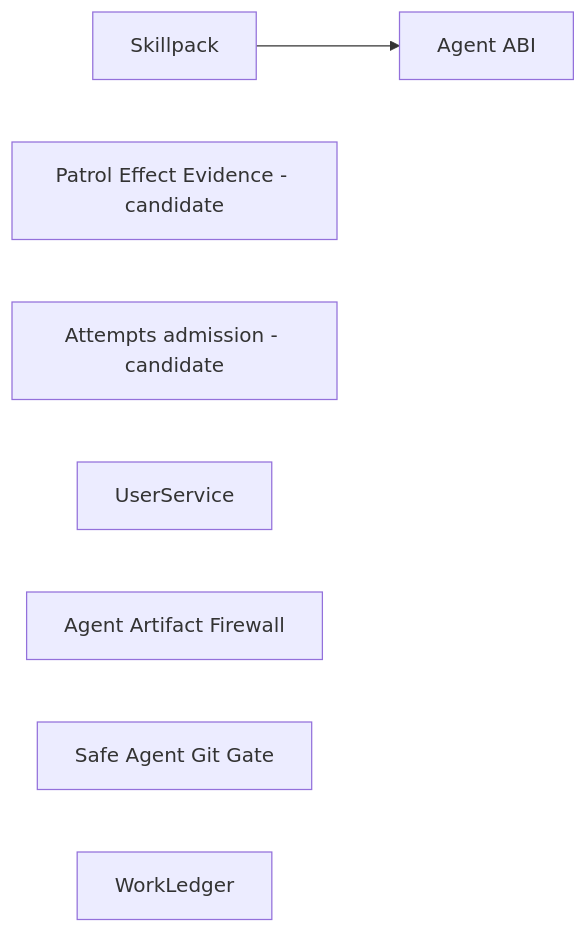
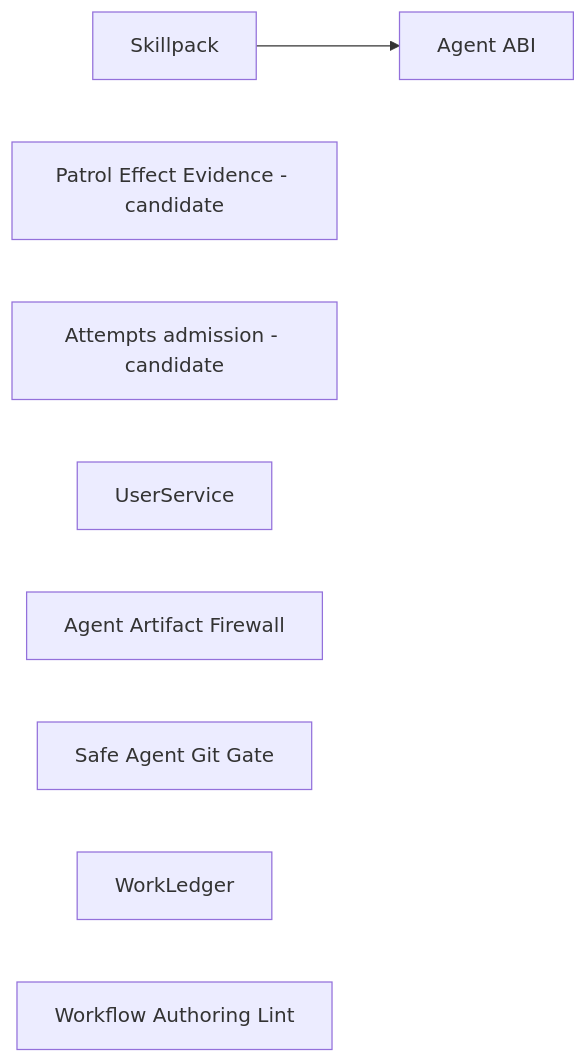
One commit to ivankuznetsov/hive changed the diagram in wiki/component-boundaries.md. Above: the diagram before and after it, drawn with Mermaid. The commit also changed other lines of this file and 13 other files, not shown here.

Commit message:
refactor(workflows): isolate authoring lint phases

````diff
--- a/wiki/component-boundaries.md
+++ b/wiki/component-boundaries.md
@@ -47,10 +48,11 @@
 ```mermaid
 flowchart LR
   skillpack[Skillpack] --> agent_abi[Agent ABI]
   patrol_effects[Patrol Effect Evidence - candidate]
   attempts[Attempts admission - candidate]
   user_service[UserService]
   artifact_firewall[Agent Artifact Firewall]
   git_gate[Safe Agent Git Gate]
   work_ledger[WorkLedger]
+  authoring_lint[Workflow Authoring Lint]
 ```
````
